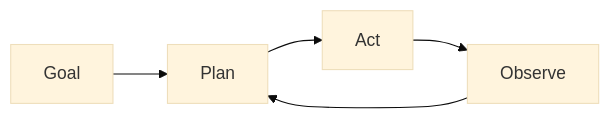
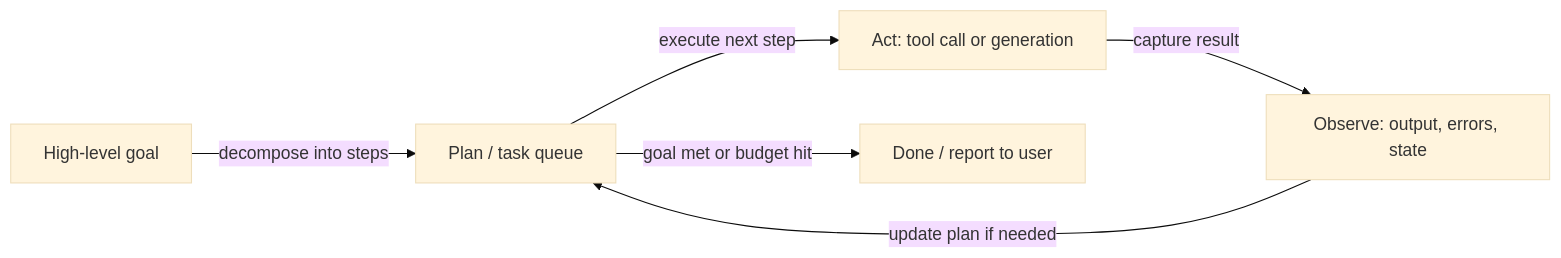
The first of 2 diagrams in docs/autonomous-agents/index.md (EmersonBraun/ai-summary-hub), drawn with Mermaid (base theme) before and after one commit. The commit also changed other lines of this file and 77 other files, not shown here.

````diff
--- a/docs/autonomous-agents/index.md
+++ b/docs/autonomous-agents/index.md
@@ -19,7 +23,8 @@
 ```mermaid
 flowchart LR
-  Goal[Goal] --> Plan[Plan]
-  Plan --> Act[Act]
-  Act --> Observe[Observe]
-  Observe --> Plan
+  Goal[High-level goal] -->|decompose into steps| Plan[Plan / task queue]
+  Plan -->|execute next step| Act[Act: tool call or generation]
+  Act -->|capture result| Observe[Observe: output, errors, state]
+  Observe -->|update plan if needed| Plan
+  Plan -->|goal met or budget hit| Done[Done / report to user]
 ```
````
